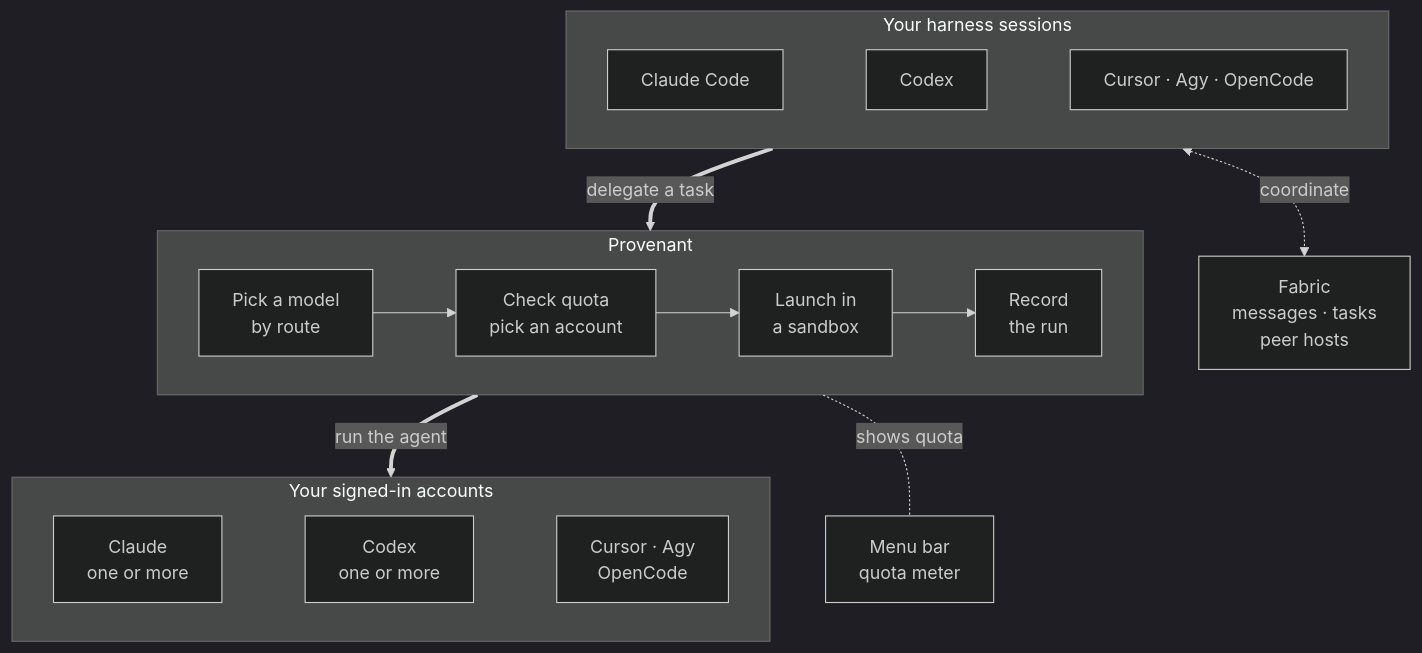
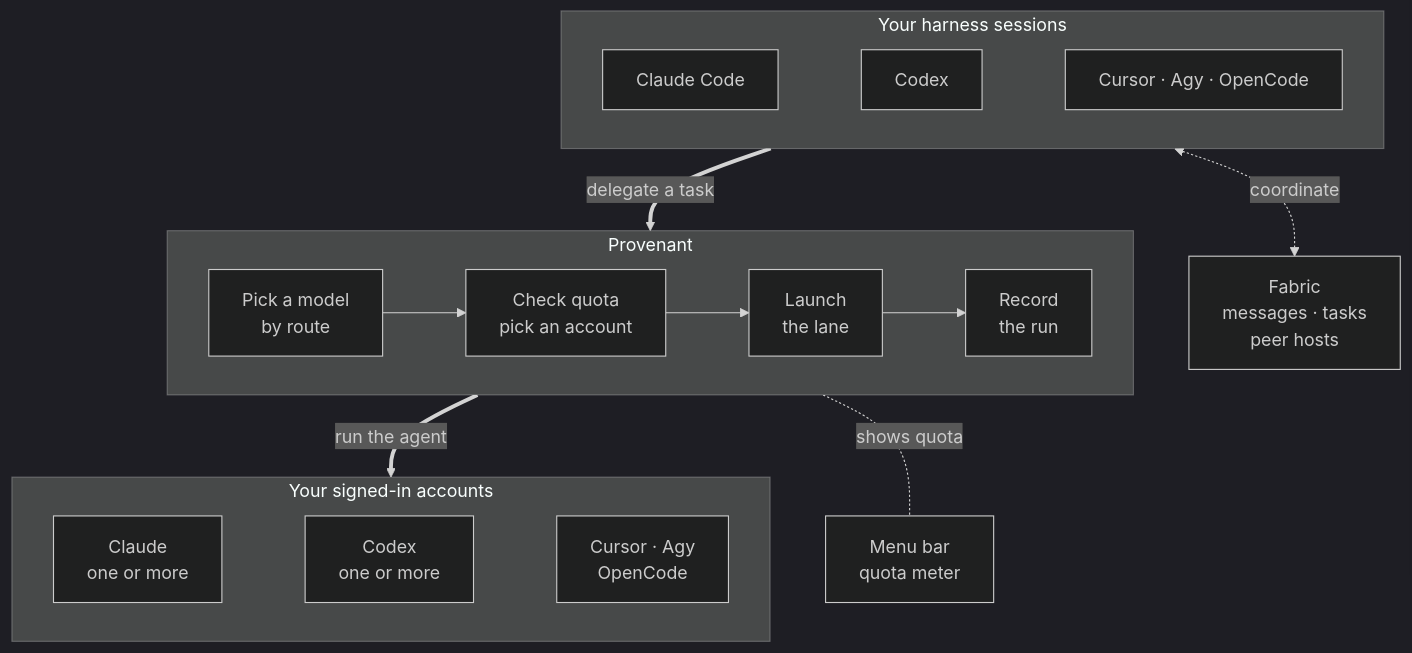
Before and after one commit to mblauberg/provenant: the first of 2 diagrams in README.md, drawn with Mermaid (dark theme). The commit also changed other lines of this file and 27 other files, not shown here.

````diff
--- a/README.md
+++ b/README.md
@@ -42,21 +43,21 @@
 ```mermaid
 flowchart TB
     subgraph H["Your harness sessions"]
         direction LR
         CC["Claude Code"] ~~~ CX["Codex"] ~~~ H3["Cursor · Agy · OpenCode"]
     end
     subgraph P["Provenant"]
         direction LR
-        RT["Pick a model<br/>by route"] --> QA["Check quota<br/>pick an account"] --> CF["Launch in<br/>a sandbox"] --> RC["Record<br/>the run"]
+        RT["Pick a model<br/>by route"] --> QA["Check quota<br/>pick an account"] --> CF["Launch<br/>the lane"] --> RC["Record<br/>the run"]
     end
     subgraph A["Your signed-in accounts"]
         direction LR
         A1["Claude<br/>one or more"] ~~~ A2["Codex<br/>one or more"] ~~~ A3["Cursor · Agy<br/>OpenCode"]
     end
     FB["Fabric<br/>messages · tasks<br/>peer hosts"]
     MB["Menu bar<br/>quota meter"]
     H ==>|"delegate a task"| P
     P ==>|"run the agent"| A
     H <-.->|"coordinate"| FB
     P -.-|"shows quota"| MB
 ```
````
